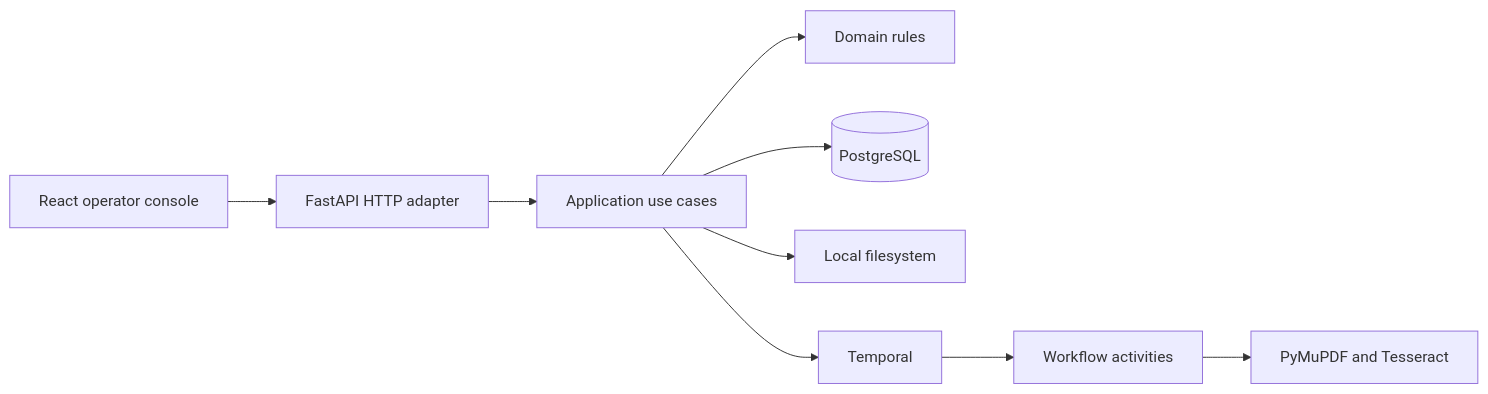
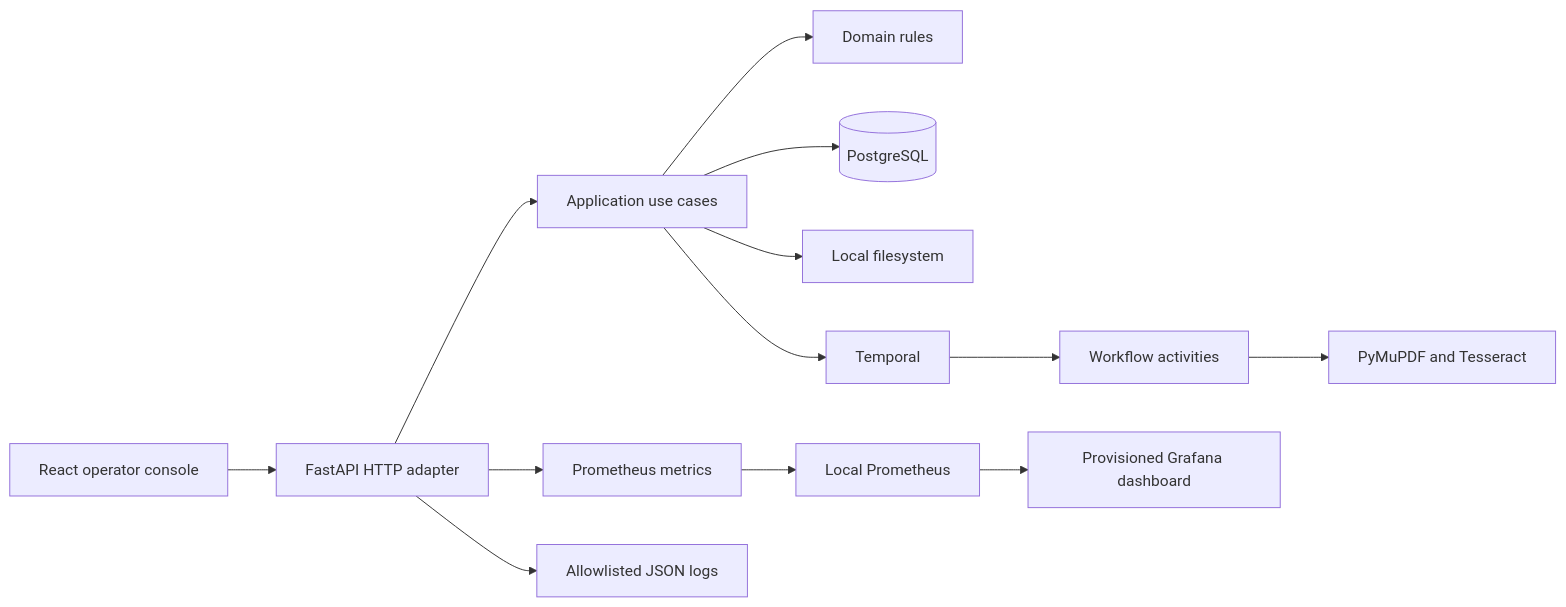
Before and after one commit to PietroRussoD/ai-document-processing-platform: the first of 11 diagrams in docs/architecture.md, drawn with Mermaid. The commit also changed other lines of this file and 6 other files, not shown here.

````diff
--- a/docs/architecture.md
+++ b/docs/architecture.md
@@ -16,11 +15,15 @@
 ```mermaid
 flowchart LR
     Console[React operator console] --> API[FastAPI HTTP adapter]
     API --> Application[Application use cases]
     Application --> Domain[Domain rules]
     Application --> PostgreSQL[(PostgreSQL)]
     Application --> Storage[Local filesystem]
     Application --> Temporal[Temporal]
     Temporal --> Worker[Workflow activities]
     Worker --> Text[PyMuPDF and Tesseract]
+    API --> Metrics[Prometheus metrics]
+    Metrics --> Prometheus[Local Prometheus]
+    Prometheus --> Grafana[Provisioned Grafana dashboard]
+    API --> Logs[Allowlisted JSON logs]
 ```
````
